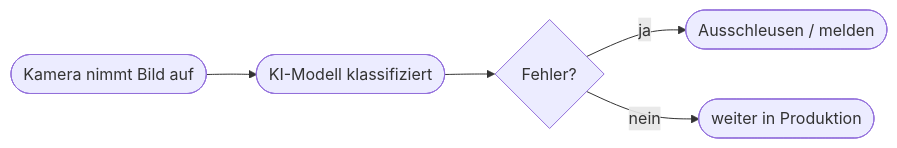
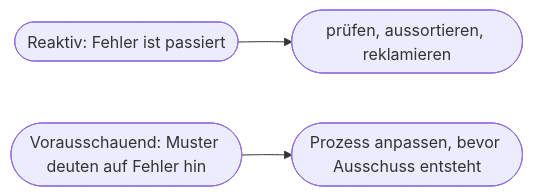
One commit to Qualidy/Prompt-Engineering-KI-in-der-Arbeitswelt changed the diagram in docs/content/kapitel25.md. Above: the diagram before and after it, drawn with Mermaid. The commit also changed other lines of this file and 80 other files, not shown here.

````diff
--- a/docs/content/kapitel25.md
+++ b/docs/content/kapitel25.md
@@ -31,7 +32,5 @@
 ```mermaid
 flowchart LR
-    A([Kamera nimmt Bild auf]) --> B([KI-Modell klassifiziert])
-    B --> C{Fehler?}
-    C -->|ja| D([Ausschleusen / melden])
-    C -->|nein| E([weiter in Produktion])
+    A([Reaktiv: Fehler ist passiert]) --> B([prüfen, aussortieren, reklamieren])
+    C([Vorausschauend: Muster deuten auf Fehler hin]) --> D([Prozess anpassen, bevor Ausschuss entsteht])
 ```
````
